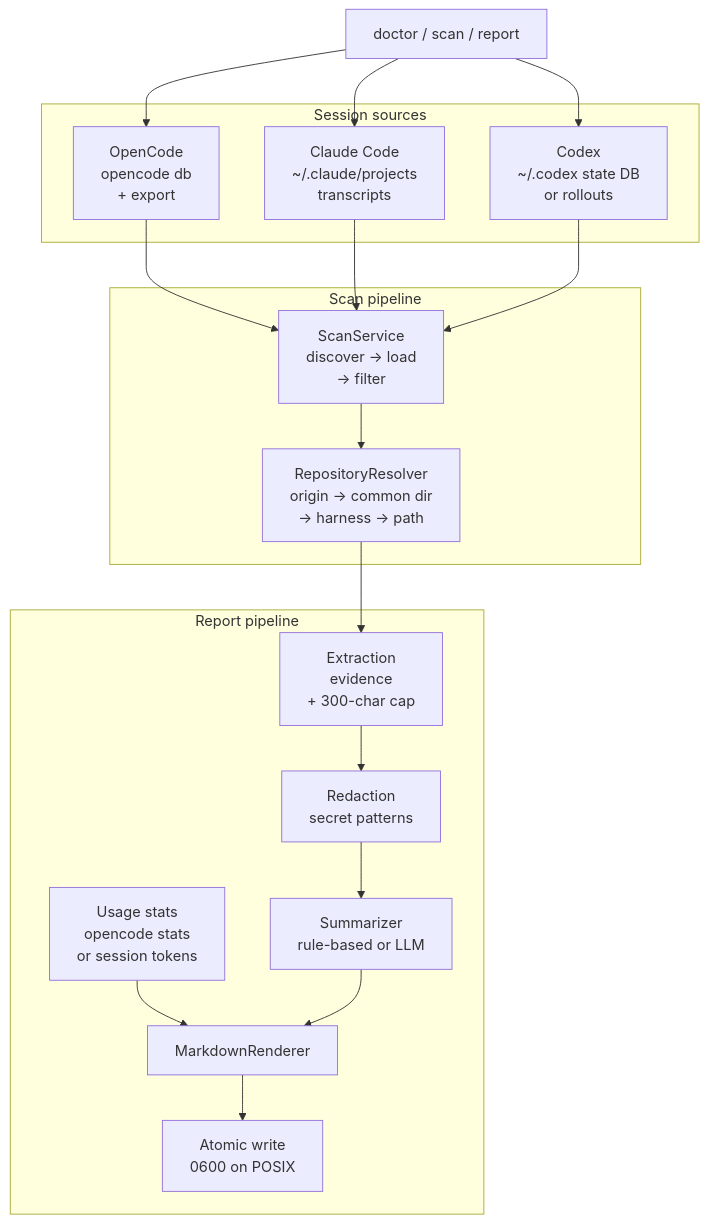
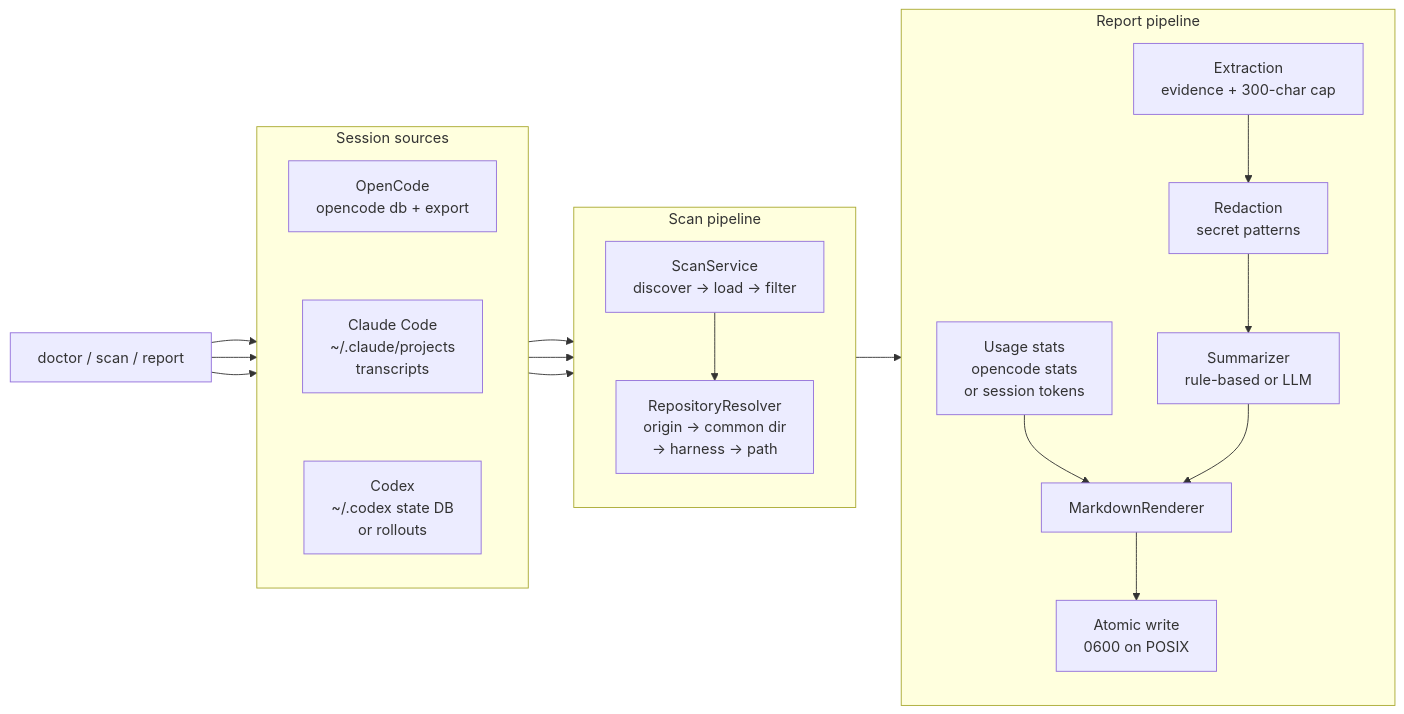
The diagram in docs/assets/architecture.mmd (mike840609/agent-worklog), drawn with Mermaid before and after one commit. The commit also changed 2 other files, not shown here.

Commit message:
docs: lay the architecture diagram out horizontally
The top-down diagram was 753x1218 and took up too much of the README.
Lay it out left-to-right with each subgraph stacked top-to-bottom, which
keeps it landscape (1496x724) without stretching the whole pipeline into
one long row the way a plain LR flowchart did (2565x478).

Sources needs invisible links to stack: with no edge between those three
nodes they share a rank, and mermaid places them side by side regardless
of the subgraph direction.

Also brings over the regenerate script, which was pushed after #32 was
merged and so never landed on main.

Claude-Session: https://claude.ai/code/session_01Ca3g73e3hPPLJa3DGAwhCC

```diff
--- a/docs/assets/architecture.mmd
+++ b/docs/assets/architecture.mmd
@@ -1,38 +1,47 @@
-%% Source for architecture.svg. Regenerate after editing:
-%%   npx -y -p @mermaid-js/mermaid-cli -p mermaid mmdc \
-%%     -i docs/assets/architecture.mmd -o docs/assets/architecture.svg \
-%%     -c docs/assets/mermaid.json -b white
-flowchart TD
+%% Source for architecture.svg. After editing, regenerate with:
+%%   docs/assets/render-architecture.sh
+%% Laid out left-to-right with each subgraph stacked top-to-bottom, so the
+%% diagram stays landscape without stretching into one long row. The invisible
+%% links in Sources are what stack those three nodes: without an edge between
+%% them they share a rank and mermaid places them side by side.
+%% (Keep every comment line non-empty; a bare "%%" line breaks the parser.)
+flowchart LR
+    CLI["doctor / scan / report"]
+
     subgraph Sources["Session sources"]
-        OC["OpenCode<br/>opencode db<br/>+ export"]
+        direction TB
+        OC["OpenCode<br/>opencode db + export"]
         CC["Claude Code<br/>~/.claude/projects<br/>transcripts"]
         CX["Codex<br/>~/.codex state DB<br/>or rollouts"]
+        OC ~~~ CC ~~~ CX
     end
 
     subgraph Pipeline["Scan pipeline"]
-        SC["ScanService<br/>discover → load<br/>→ filter"]
+        direction TB
+        SC["ScanService<br/>discover → load → filter"]
         RV["RepositoryResolver<br/>origin → common dir<br/>→ harness → path"]
     end
 
     subgraph Report["Report pipeline"]
-        EX["Extraction<br/>evidence<br/>+ 300-char cap"]
+        direction TB
+        EX["Extraction<br/>evidence + 300-char cap"]
         RD["Redaction<br/>secret patterns"]
         SU["Summarizer<br/>rule-based or LLM"]
         US["Usage stats<br/>opencode stats<br/>or session tokens"]
         RE["MarkdownRenderer"]
         WR["Atomic write<br/>0600 on POSIX"]
     end
 
-    CLI["doctor / scan / report"] --> OC
+    CLI --> OC
     CLI --> CC
     CLI --> CX
     OC --> SC
     CC --> SC
     CX --> SC
     SC --> RV
     RV --> EX
     EX --> RD
     RD --> SU
     US --> RE
     SU --> RE
     RE --> WR
```
